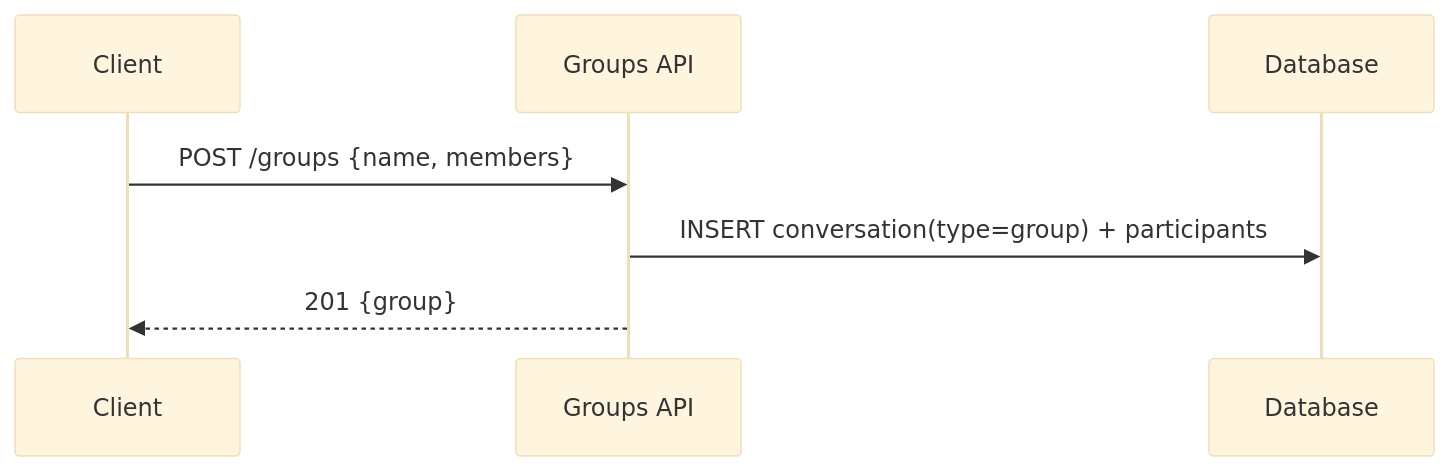
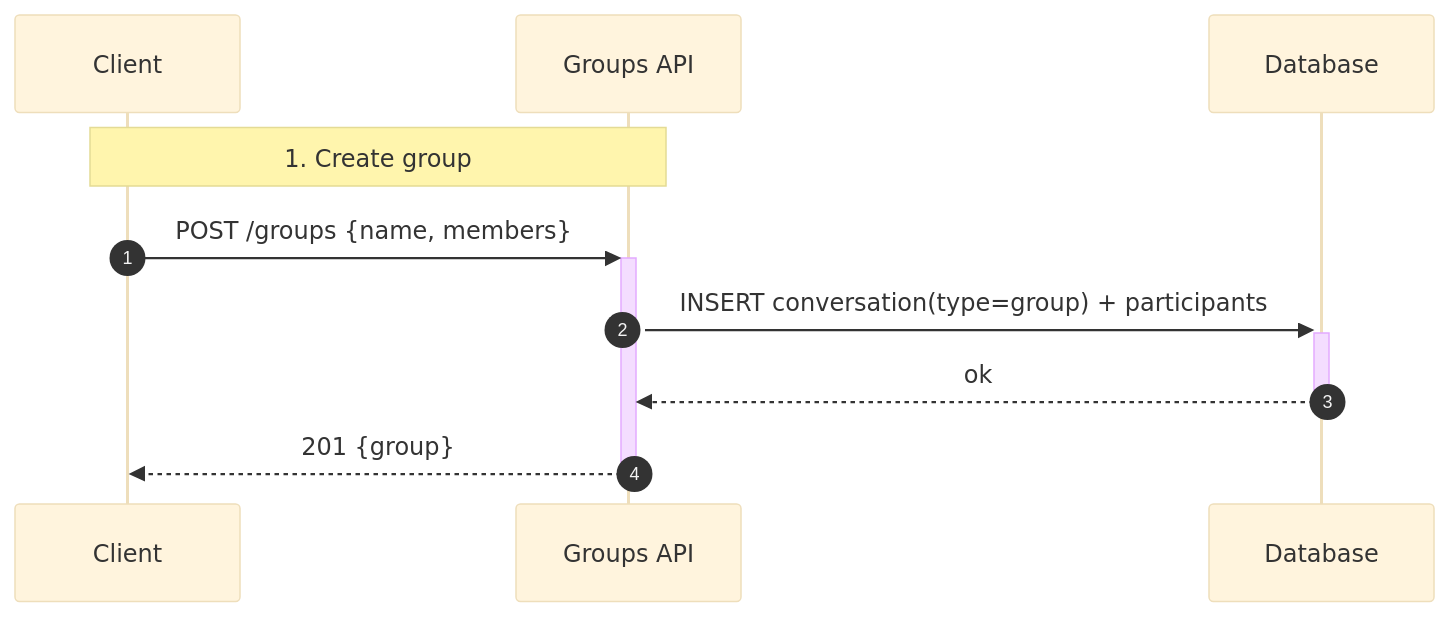
Before and after one commit to dinhhoang235/Chat-App: the diagram in docs/groups.md, drawn with Mermaid (base theme). The commit also changed 12 other files, not shown here.

Commit message:
docs: enhance sequence diagrams with detailed notes for various features

````diff
--- a/docs/groups.md
+++ b/docs/groups.md
@@ -23,10 +23,13 @@
 ```mermaid
 sequenceDiagram
+  autonumber
   participant C as Client
   participant API as Groups API
   participant DB as Database
 
-  C->>API: POST /groups {name, members}
-  API->>DB: INSERT conversation(type=group) + participants
-  API-->>C: 201 {group}
+  Note over C,API: 1. Create group
+  C->>+API: POST /groups {name, members}
+  API->>+DB: INSERT conversation(type=group) + participants
+  DB-->>-API: ok
+  API-->>-C: 201 {group}
 ```
````
